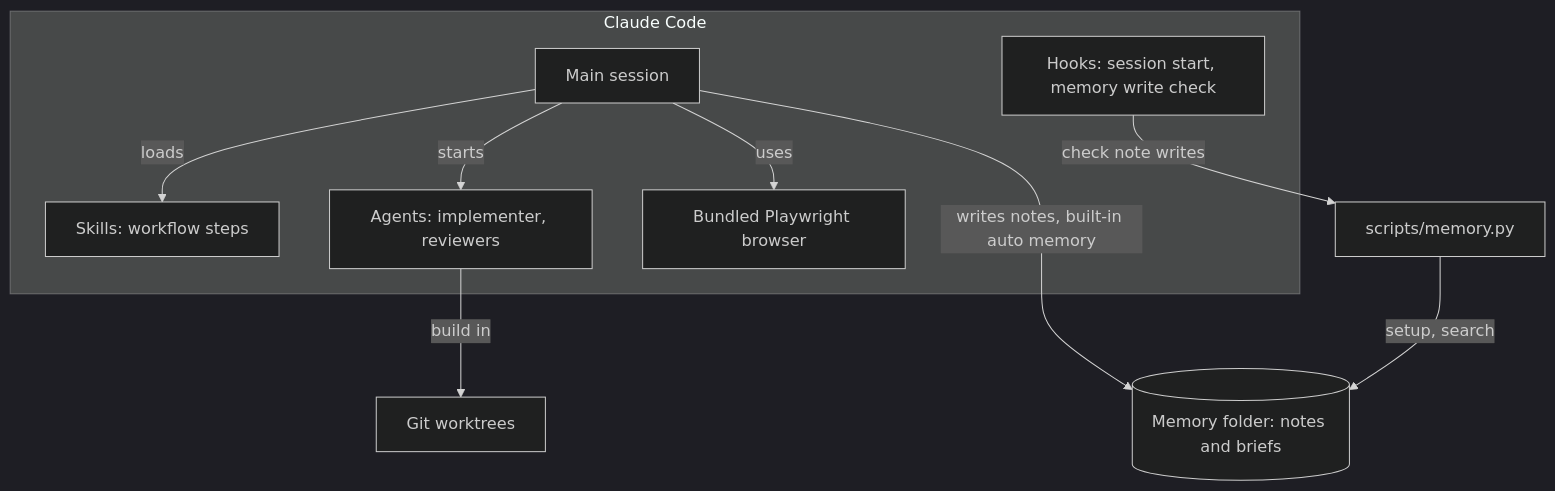
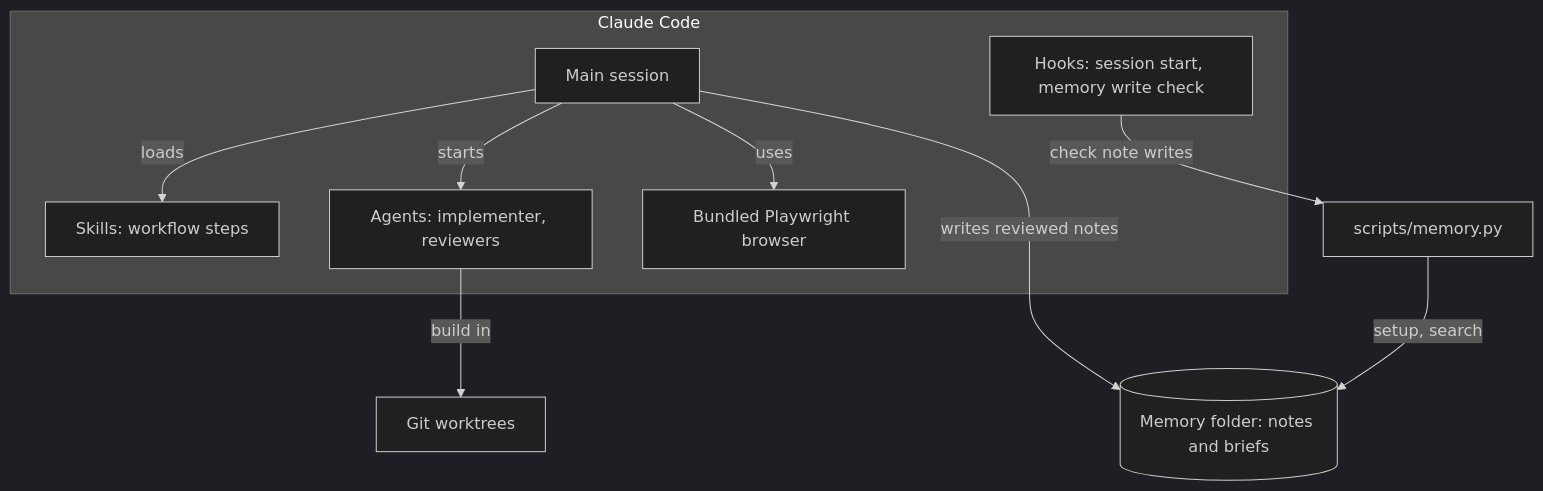
One commit to sushanpth/talk-first-workflow changed the diagram in README.md. Above: the diagram before and after it, drawn with Mermaid (dark theme). The commit also changed other lines of this file and 8 other files, not shown here.

First line of the commit message:
Review memory notes for stale and copied facts before saving

````diff
--- a/README.md
+++ b/README.md
@@ -29,21 +29,21 @@
 ```mermaid
 flowchart TB
     subgraph CC[Claude Code]
         Main[Main session]
         Skills[Skills: workflow steps]
         Agents[Agents: implementer, reviewers]
         Hooks[Hooks: session start, memory write check]
         Browser[Bundled Playwright browser]
     end
     Worktrees[Git worktrees]
     MemPy[scripts/memory.py]
     Memory[(Memory folder: notes and briefs)]
 
     Main -- loads --> Skills
     Main -- starts --> Agents
     Main -- uses --> Browser
-    Main -- writes notes, built-in auto memory --> Memory
+    Main -- writes reviewed notes --> Memory
     Agents -- build in --> Worktrees
     Hooks -- check note writes --> MemPy
     MemPy -- setup, search --> Memory
 ```
````
